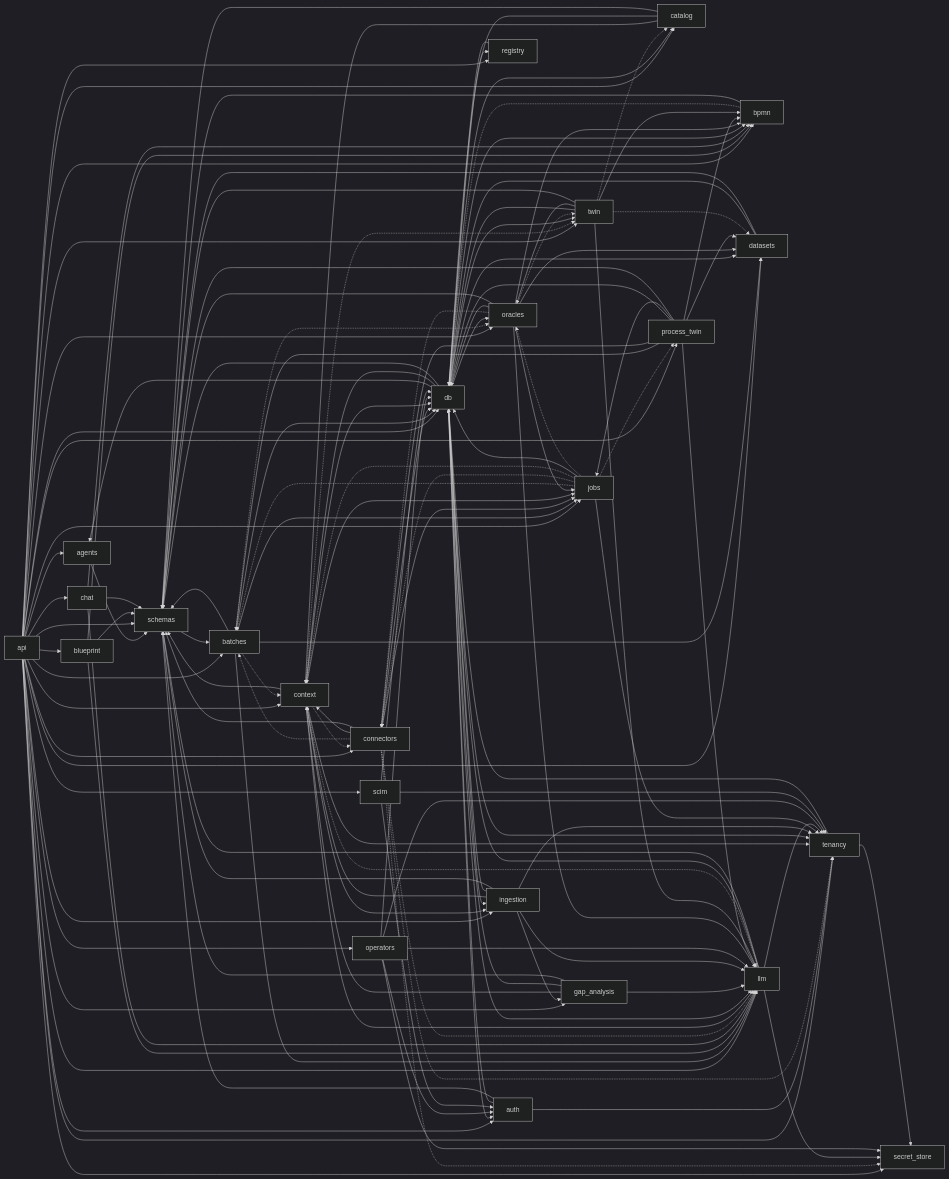
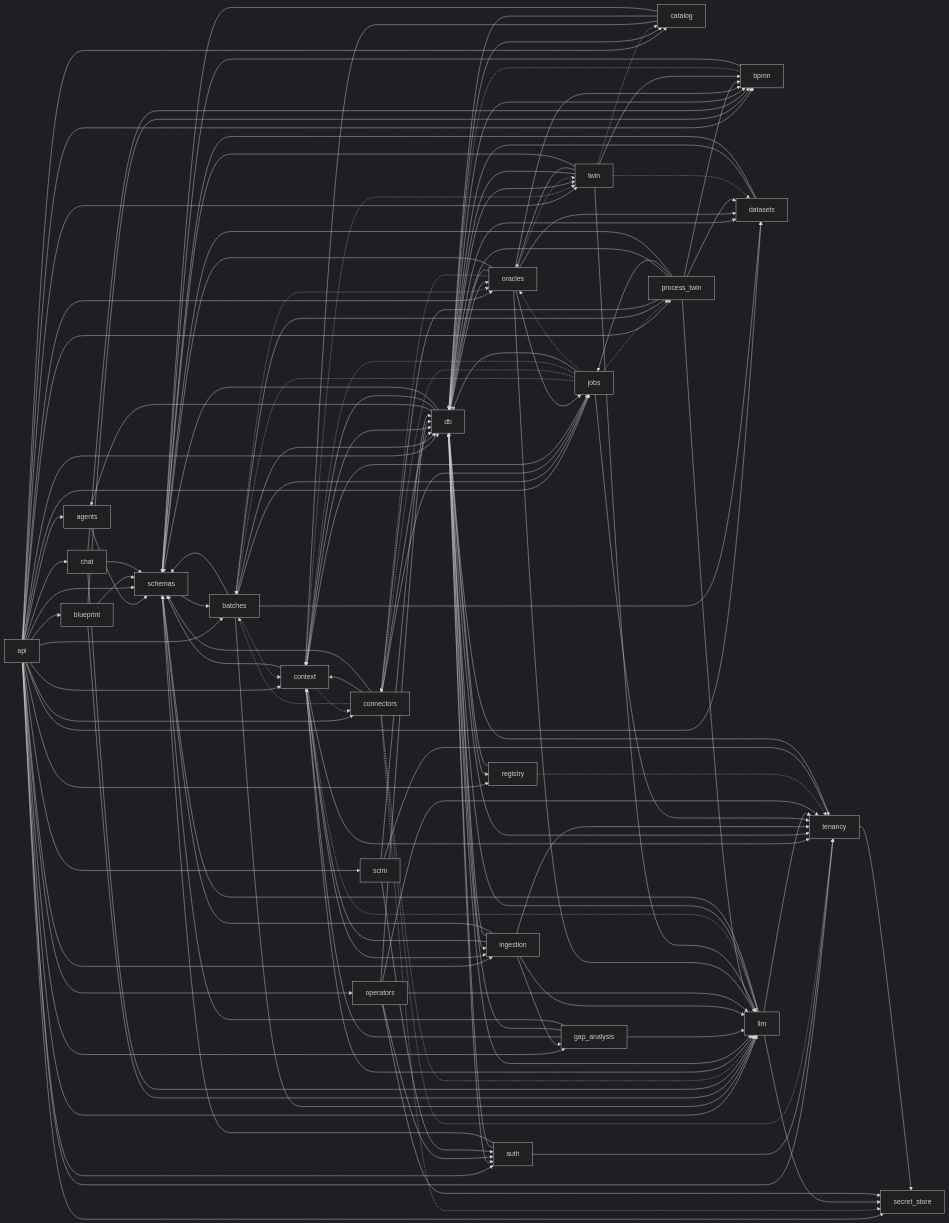
The third of 8 diagrams in docs/wiki/Architecture.md (jayendukumar/agentify), drawn with Mermaid (dark theme) before and after one commit. The commit also changed other lines of this file and 37 other files, not shown here.

```diff
--- a/docs/wiki/Architecture.md
+++ b/docs/wiki/Architecture.md
@@ -244,6 +244,7 @@
     process_twin --> llm
     process_twin --> schemas
     registry --> db
+    registry -.-> tenancy
     schemas --> batches
     scim --> auth
     scim --> db
```
